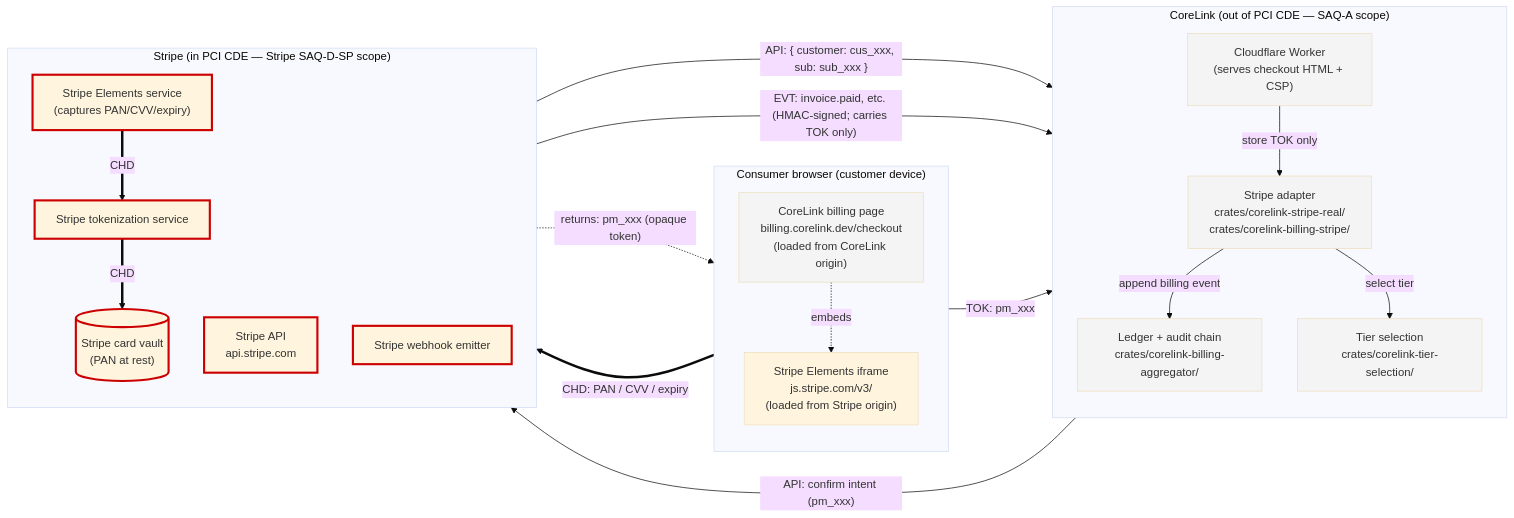
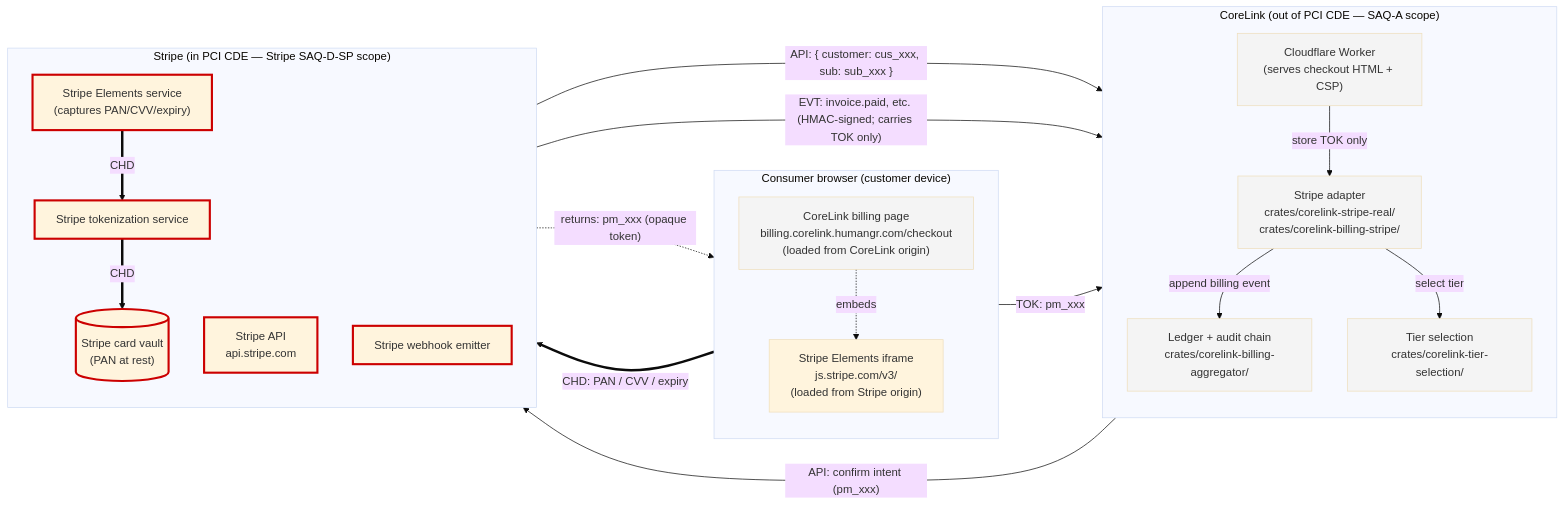
Before and after one commit to HuGR-Labs/corelink-server: the first of 2 diagrams in specs/_compliance/PCI-DSS-BOUNDARY-DIAGRAM.md, drawn with Mermaid (base theme). The commit also changed other lines of this file and 723 other files, not shown here.

First line of the commit message:
chore: flip canonical domain corelink.dev → corelink.humangr.com (+ @humangr.com emails)

````diff
--- a/specs/_compliance/PCI-DSS-BOUNDARY-DIAGRAM.md
+++ b/specs/_compliance/PCI-DSS-BOUNDARY-DIAGRAM.md
@@ -63,50 +63,50 @@
 ```mermaid
 flowchart LR
     subgraph BROWSER["Consumer browser (customer device)"]
       direction TB
-      A["CoreLink billing page<br/>billing.corelink.dev/checkout<br/>(loaded from CoreLink origin)"]
+      A["CoreLink billing page<br/>billing.corelink.humangr.com/checkout<br/>(loaded from CoreLink origin)"]
       B["Stripe Elements iframe<br/>js.stripe.com/v3/<br/>(loaded from Stripe origin)"]
       A -.embeds.-> B
     end
 
     subgraph CL["CoreLink (out of PCI CDE — SAQ-A scope)"]
       direction TB
       W["Cloudflare Worker<br/>(serves checkout HTML + CSP)"]
       S["Stripe adapter<br/>crates/corelink-stripe-real/<br/>crates/corelink-billing-stripe/"]
       L["Ledger + audit chain<br/>crates/corelink-billing-aggregator/"]
       T["Tier selection<br/>crates/corelink-tier-selection/"]
     end
 
     subgraph SP["Stripe (in PCI CDE — Stripe SAQ-D-SP scope)"]
       direction TB
       SE["Stripe Elements service<br/>(captures PAN/CVV/expiry)"]
       ST["Stripe tokenization service"]
       SV[("Stripe card vault<br/>(PAN at rest)")]
       SA["Stripe API<br/>api.stripe.com"]
       SH["Stripe webhook emitter"]
     end
 
     %% CHD path (entirely inside Stripe's iframe + Stripe's backend)
     B == "CHD: PAN / CVV / expiry" ==> SE
     SE == CHD ==> ST
     ST == CHD ==> SV
     ST -. "returns: pm_xxx (opaque token)" .-> B
 
     %% Tokenized handoff back to CoreLink
     B -- "TOK: pm_xxx" --> W
     W -- "API: confirm intent (pm_xxx)" --> SA
     SA -- "API: { customer: cus_xxx, sub: sub_xxx }" --> W
     W -- "store TOK only" --> S
     S -- "append billing event" --> L
     S -- "select tier" --> T
 
     %% Async webhook
     SH -- "EVT: invoice.paid, etc. (HMAC-signed; carries TOK only)" --> W
 
     %% Styling — solid red is CHD; dashed green is token
     classDef chd stroke:#c00,stroke-width:3px
     classDef tok stroke:#080,stroke-width:2px,stroke-dasharray: 5 5
     classDef ext fill:#f4f4f4
     class SE,ST,SV,SA,SH chd
     class W,S,L,T,A ext
 ```
````
